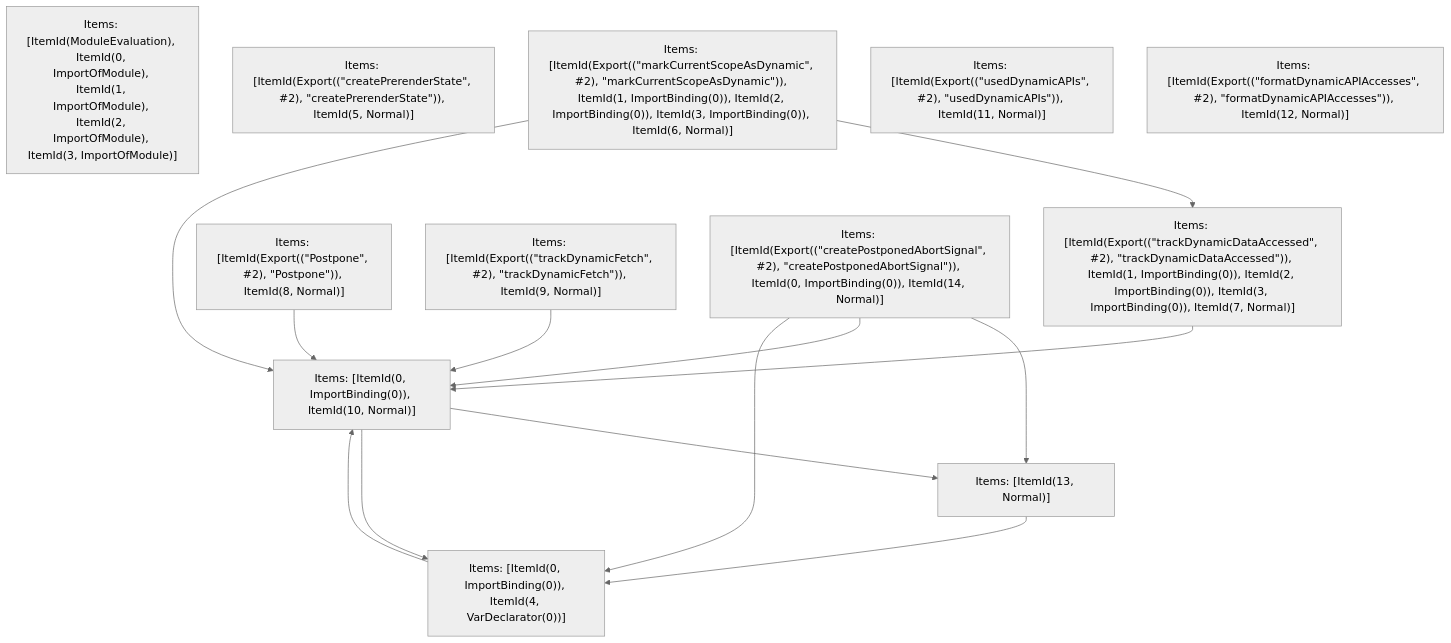
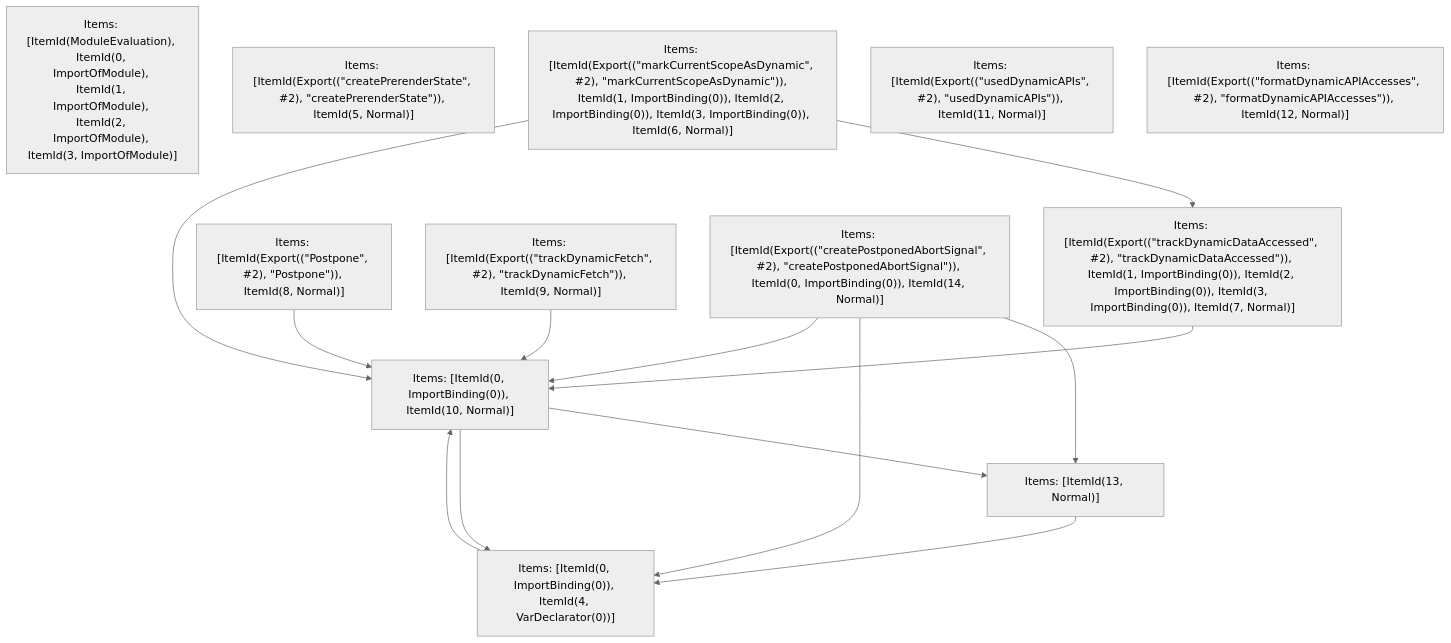
Before and after one commit to vercel/turborepo: the fifth of 5 diagrams in crates/turbopack-ecmascript/tests/tree-shaker/analyzer/failed-2/output.md, drawn with Mermaid (neutral theme). The commit also changed other lines of this file and 32 other files, not shown here.

````diff
--- a/crates/turbopack-ecmascript/tests/tree-shaker/analyzer/failed-2/output.md
+++ b/crates/turbopack-ecmascript/tests/tree-shaker/analyzer/failed-2/output.md
@@ -552,27 +552,27 @@
 ```mermaid
 graph TD
     N0["Items: [ItemId(ModuleEvaluation), ItemId(0, ImportOfModule), ItemId(1, ImportOfModule), ItemId(2, ImportOfModule), ItemId(3, ImportOfModule)]"];
     N1["Items: [ItemId(Export((&quot;createPrerenderState&quot;, #2), &quot;createPrerenderState&quot;)), ItemId(5, Normal)]"];
     N2["Items: [ItemId(Export((&quot;markCurrentScopeAsDynamic&quot;, #2), &quot;markCurrentScopeAsDynamic&quot;)), ItemId(1, ImportBinding(0)), ItemId(2, ImportBinding(0)), ItemId(3, ImportBinding(0)), ItemId(6, Normal)]"];
     N3["Items: [ItemId(Export((&quot;trackDynamicDataAccessed&quot;, #2), &quot;trackDynamicDataAccessed&quot;)), ItemId(1, ImportBinding(0)), ItemId(2, ImportBinding(0)), ItemId(3, ImportBinding(0)), ItemId(7, Normal)]"];
     N4["Items: [ItemId(Export((&quot;Postpone&quot;, #2), &quot;Postpone&quot;)), ItemId(8, Normal)]"];
     N5["Items: [ItemId(Export((&quot;trackDynamicFetch&quot;, #2), &quot;trackDynamicFetch&quot;)), ItemId(9, Normal)]"];
     N6["Items: [ItemId(Export((&quot;usedDynamicAPIs&quot;, #2), &quot;usedDynamicAPIs&quot;)), ItemId(11, Normal)]"];
     N7["Items: [ItemId(Export((&quot;formatDynamicAPIAccesses&quot;, #2), &quot;formatDynamicAPIAccesses&quot;)), ItemId(12, Normal)]"];
     N8["Items: [ItemId(Export((&quot;createPostponedAbortSignal&quot;, #2), &quot;createPostponedAbortSignal&quot;)), ItemId(0, ImportBinding(0)), ItemId(14, Normal)]"];
     N9["Items: [ItemId(0, ImportBinding(0)), ItemId(4, VarDeclarator(0))]"];
     N10["Items: [ItemId(0, ImportBinding(0)), ItemId(10, Normal)]"];
     N11["Items: [ItemId(13, Normal)]"];
     N2 --> N3;
     N2 --> N10;
     N3 --> N10;
     N4 --> N10;
     N5 --> N10;
     N8 --> N11;
+    N8 --> N9;
     N8 --> N10;
-    N8 --> N9;
     N9 --> N10;
     N10 --> N11;
     N10 --> N9;
     N11 --> N9;
 ```
````
